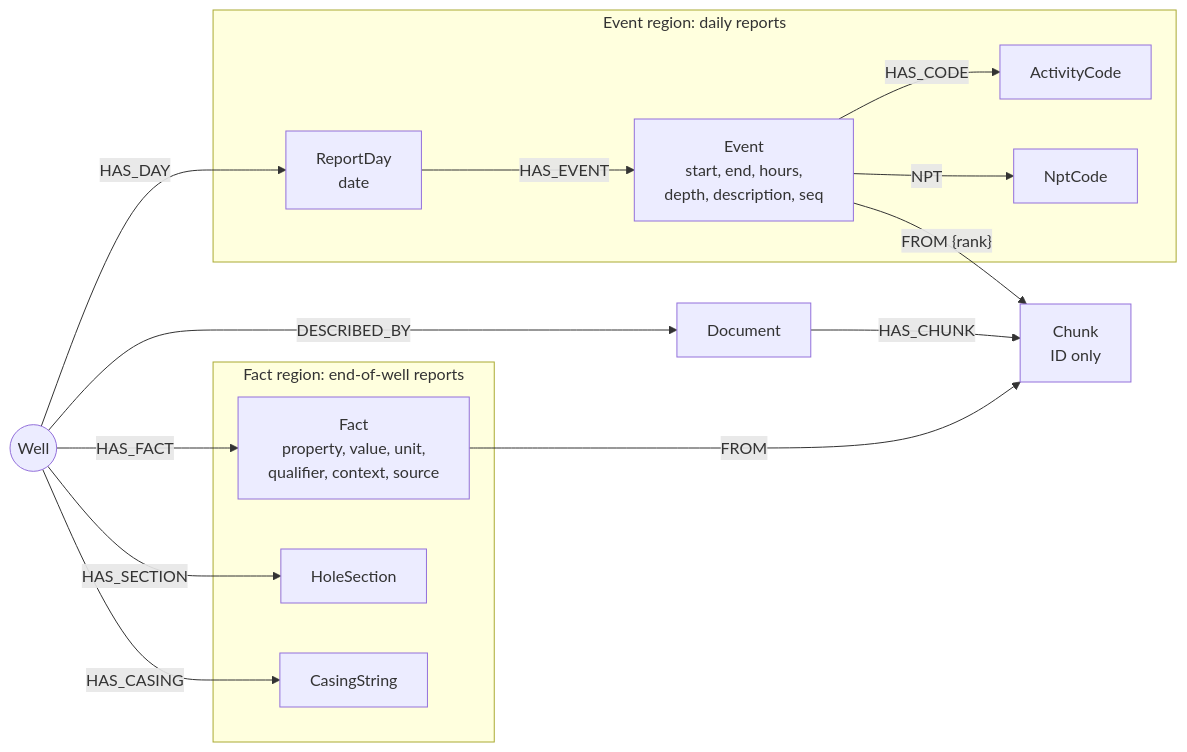
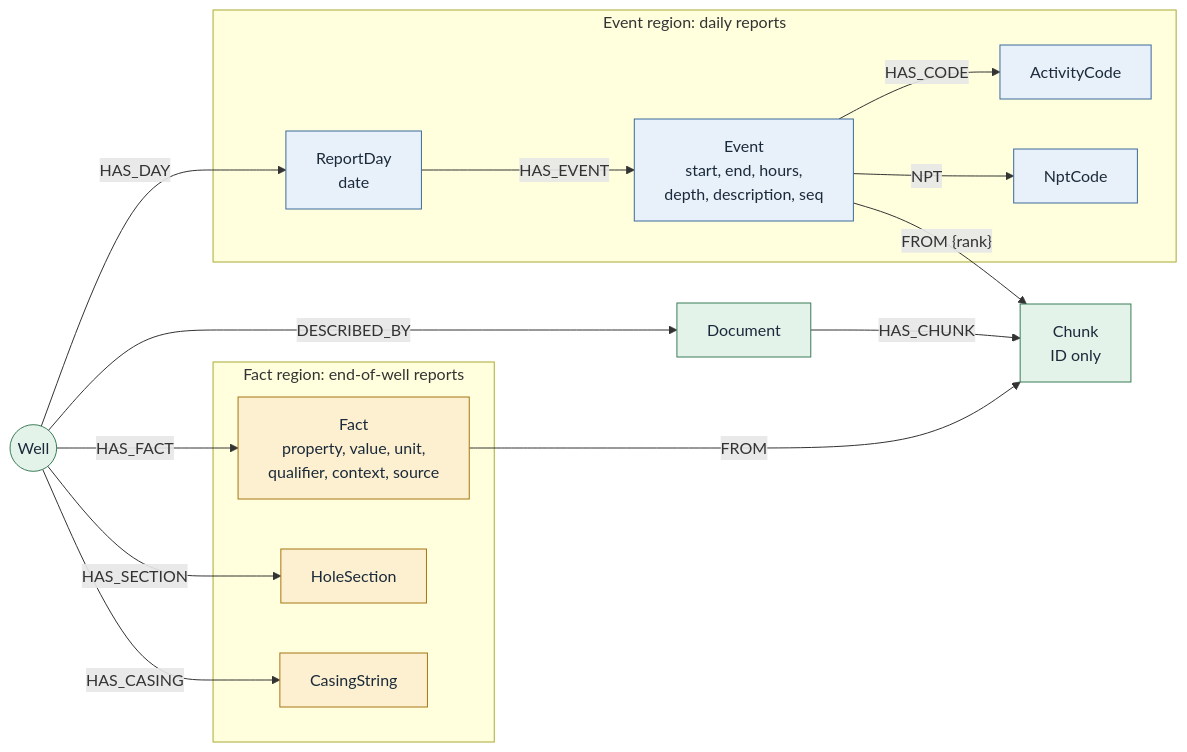
One commit to thaitri2005/Secure-O-G-LLM-and-Knowledge-Graph changed the ninth of 9 diagrams in docs/PROJECT_DESIGN.md. Above: the diagram before and after it, drawn with Mermaid. The commit also changed other lines of this file and 47 other files, not shown here.

````diff
--- a/docs/PROJECT_DESIGN.md
+++ b/docs/PROJECT_DESIGN.md
@@ -1052,24 +1117,27 @@
 ```mermaid
 flowchart LR
-    W(("Well"))
-    D["Document"]
-    C["Chunk<br/>ID only"]
+    W(("Well")):::shared
     subgraph FACTS["Fact region: end-of-well reports"]
-        F["Fact<br/>property, value, unit,<br/>qualifier, context, source"]
-        HS["HoleSection"]
-        CS["CasingString"]
+        F["Fact<br/>property, value, unit,<br/>qualifier, context, source"]:::fact
+        HS["HoleSection"]:::fact
+        CS["CasingString"]:::fact
     end
     subgraph EVENTS["Event region: daily reports"]
-        RD["ReportDay<br/>date"] -->|HAS_EVENT| E["Event<br/>start, end, hours,<br/>depth, description, seq"]
-        E -->|HAS_CODE| AC["ActivityCode"]
-        E -->|NPT| NC["NptCode"]
+        RD["ReportDay<br/>date"]:::event -->|HAS_EVENT| E["Event<br/>start, end, hours,<br/>depth, description, seq"]:::event
+        E -->|HAS_CODE| AC["ActivityCode"]:::event
+        E -->|NPT| NC["NptCode"]:::event
     end
+    D["Document"]:::shared
+    C["Chunk<br/>ID only"]:::shared
+    W -->|HAS_DAY| RD
+    W -->|DESCRIBED_BY| D
     W -->|HAS_FACT| F
     W -->|HAS_SECTION| HS
     W -->|HAS_CASING| CS
-    W -->|HAS_DAY| RD
-    W -->|DESCRIBED_BY| D
     D -->|HAS_CHUNK| C
     F -->|FROM| C
     E -->|"FROM {rank}"| C
+    classDef shared fill:#e4f3ea,stroke:#3b7d57,color:#1b2a3a
+    classDef fact fill:#fdf0d0,stroke:#a67512,color:#1b2a3a
+    classDef event fill:#e8f0fa,stroke:#3d6a9c,color:#1b2a3a
 ```
````
